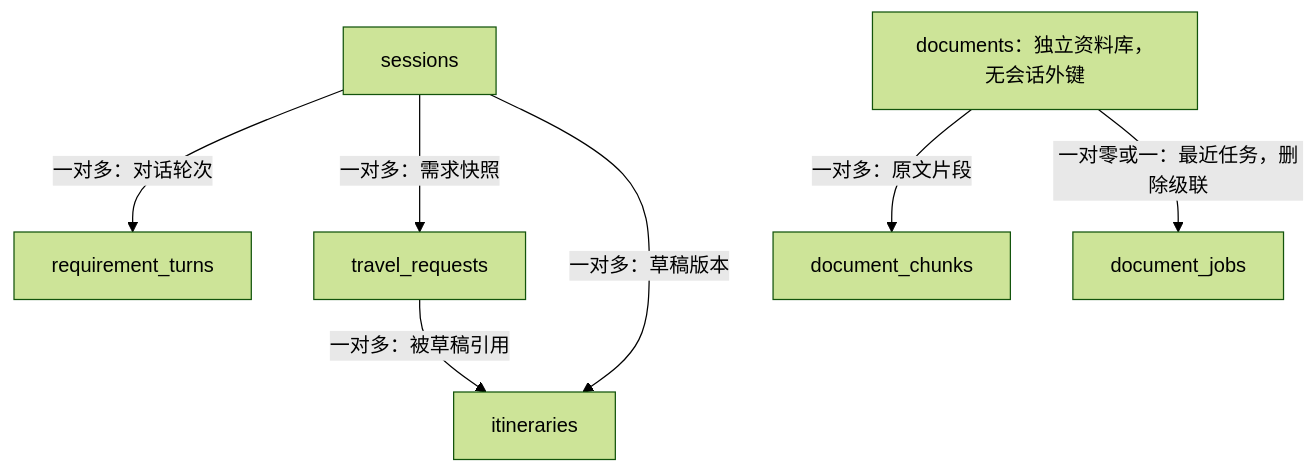
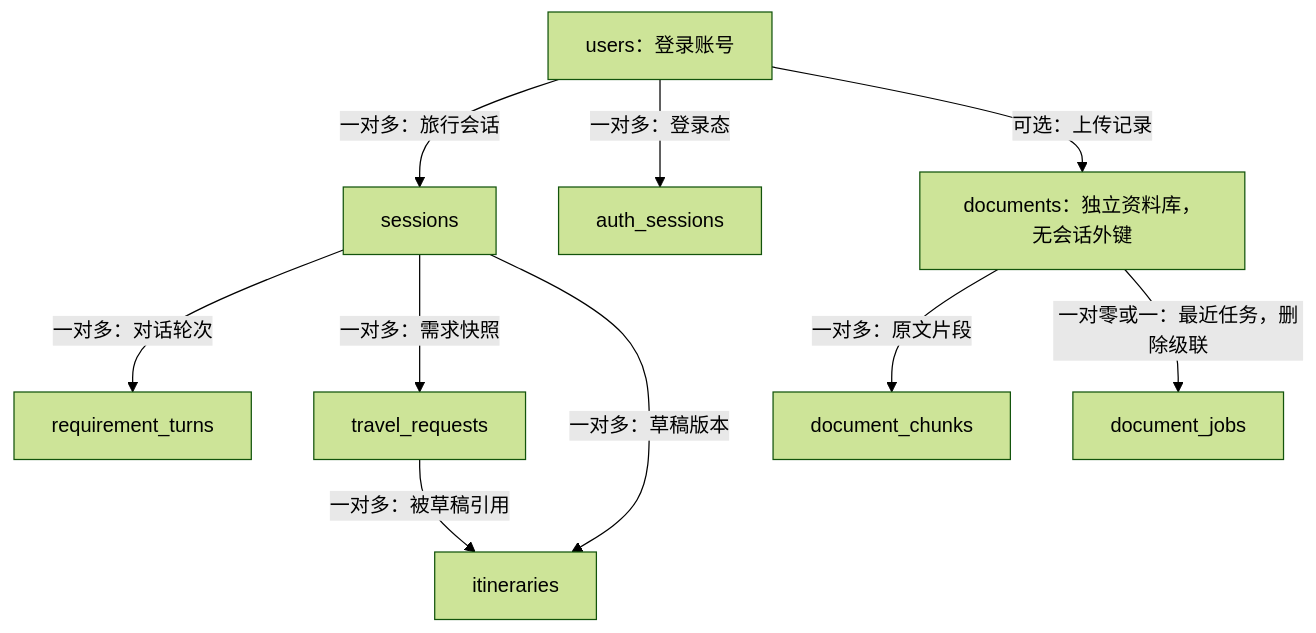
The second of 3 diagrams in docs/08-架构设计说明.md (Charlie-acher/TravelMindAI), drawn with Mermaid (forest theme) before and after one commit. The commit also changed other lines of this file and 98 other files, not shown here.

````diff
--- a/docs/08-架构设计说明.md
+++ b/docs/08-架构设计说明.md
@@ -270,9 +276,12 @@
 ```mermaid
 graph TB
+    U["users：登录账号"] -->|"一对多：旅行会话"| S
+    U -->|"一对多：登录态"| A["auth_sessions"]
+    U -->|"可选：上传记录"| D
     S["sessions"] -->|"一对多：对话轮次"| R["requirement_turns"]
     S -->|"一对多：需求快照"| T["travel_requests"]
     S -->|"一对多：草稿版本"| I["itineraries"]
     T -->|"一对多：被草稿引用"| I
     D["documents：独立资料库，无会话外键"] -->|"一对多：原文片段"| C["document_chunks"]
     D -->|"一对零或一：最近任务，删除级联"| J["document_jobs"]
 ```
````
